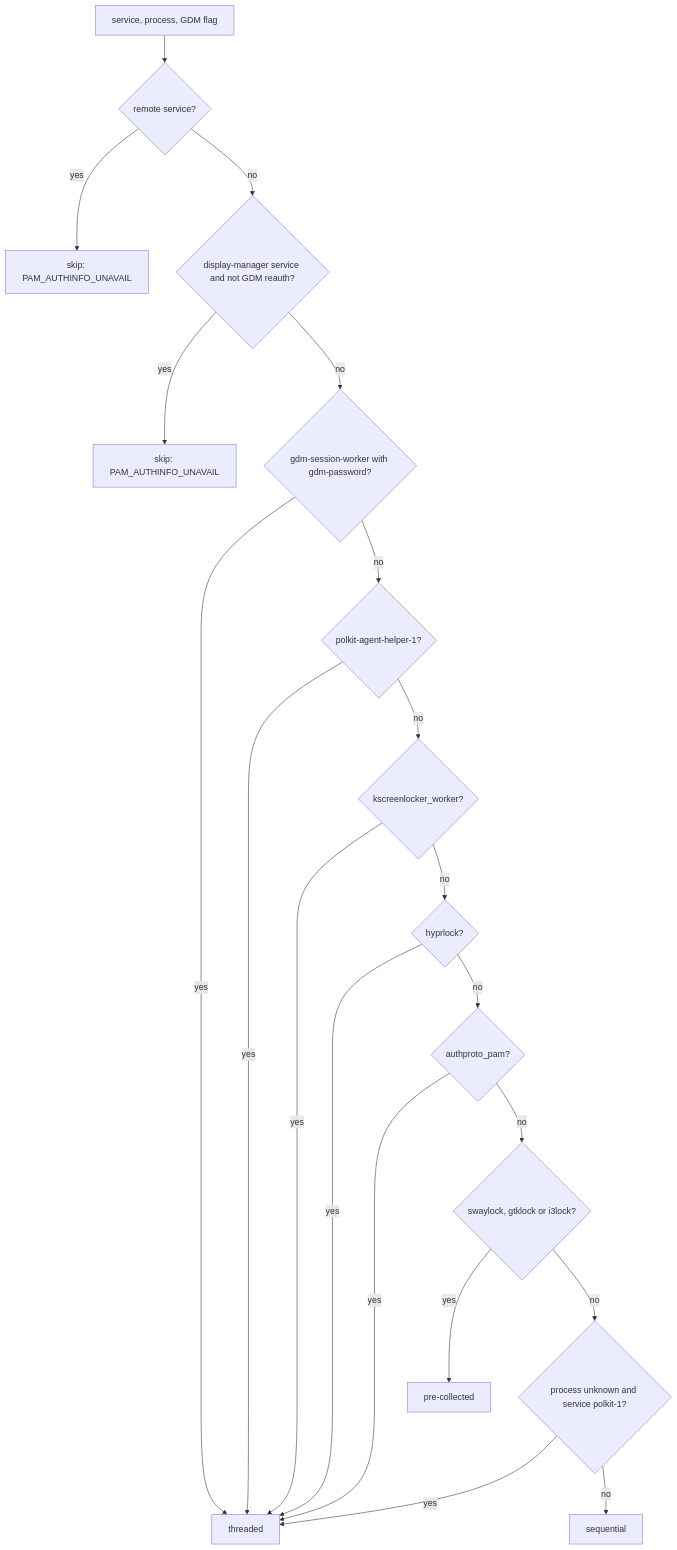
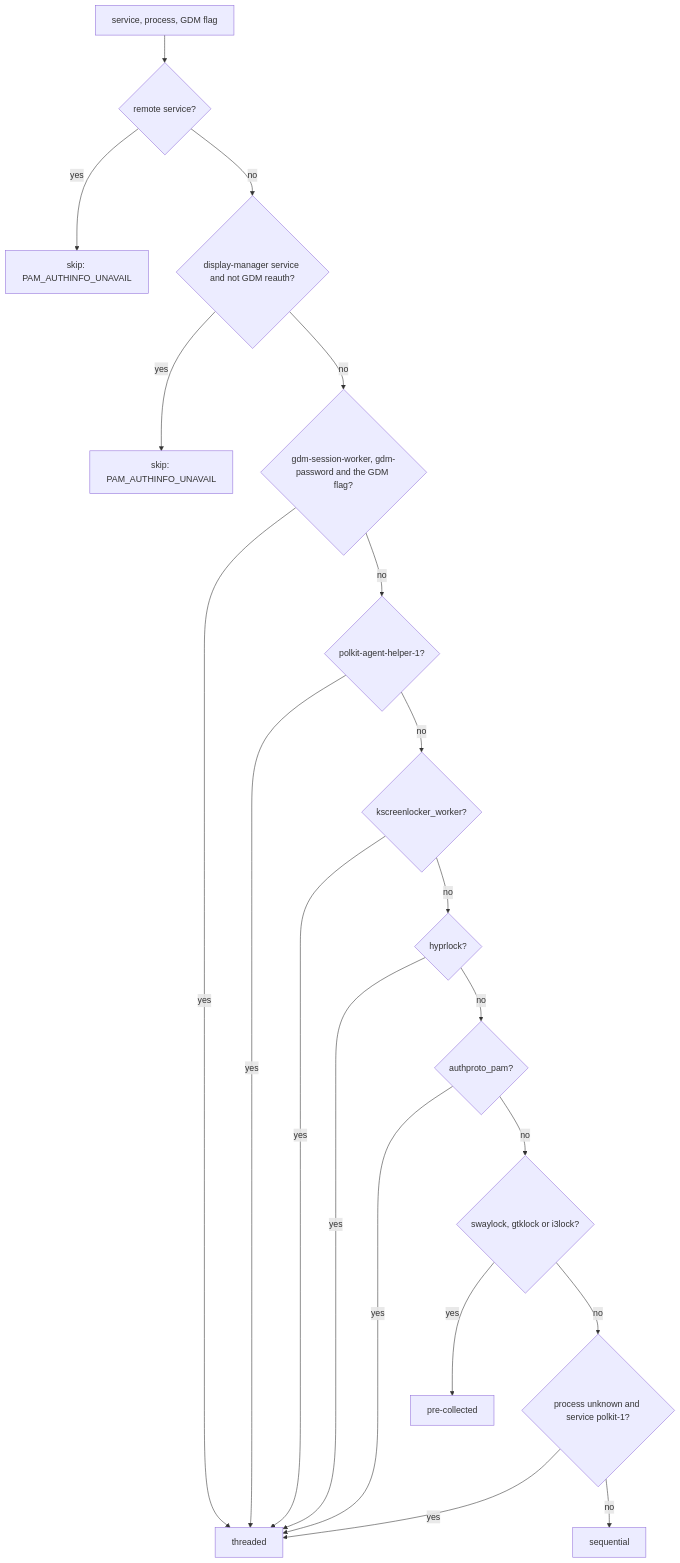
The fourth of 8 diagrams in docs/design-documents/pam-conversation-policy.md (Lolle2000la/tapauth), drawn with Mermaid before and after one commit. The commit also changed other lines of this file, not shown here.

````diff
--- a/docs/design-documents/pam-conversation-policy.md
+++ b/docs/design-documents/pam-conversation-policy.md
@@ -184,22 +187,22 @@
 ```mermaid
 flowchart TD
     A[service, process, GDM flag] --> B{remote service?}
     B -- yes --> R[skip: PAM_AUTHINFO_UNAVAIL]
     B -- no --> C{display-manager service and not GDM reauth?}
     C -- yes --> S[skip: PAM_AUTHINFO_UNAVAIL]
-    C -- no --> D{gdm-session-worker with gdm-password?}
+    C -- no --> D{gdm-session-worker, gdm-password and the GDM flag?}
     D -- yes --> T[threaded]
     D -- no --> E{polkit-agent-helper-1?}
     E -- yes --> T
     E -- no --> F{kscreenlocker_worker?}
     F -- yes --> T
     F -- no --> G{hyprlock?}
     G -- yes --> T
     G -- no --> H{authproto_pam?}
     H -- yes --> T
     H -- no --> I{swaylock, gtklock or i3lock?}
     I -- yes --> P[pre-collected]
     I -- no --> J{process unknown and service polkit-1?}
     J -- yes --> T
     J -- no --> Q[sequential]
 ```
````
